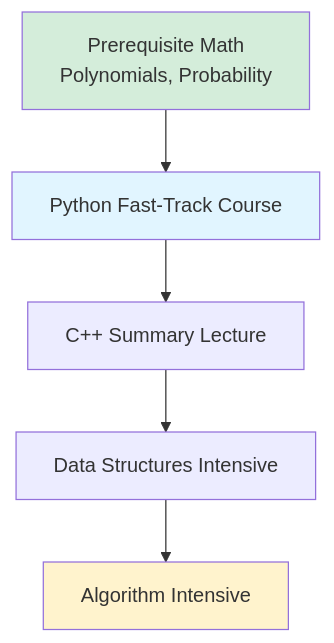
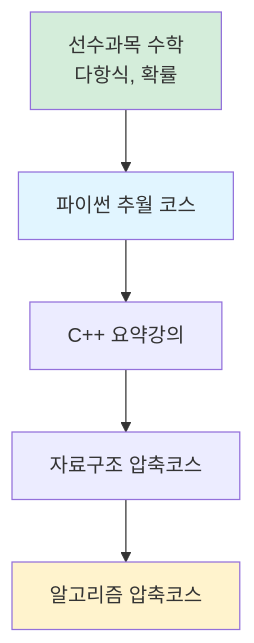
The diagram in _posts/2024-05-11-algorithm-st-1.md (akillness/akillness.github.io), drawn with Mermaid before and after one commit. The commit also changed other lines of this file and 173 other files, not shown here.

````diff
--- a/_posts/2024-05-11-algorithm-st-1.md
+++ b/_posts/2024-05-11-algorithm-st-1.md
@@ -60,11 +60,11 @@
 ```mermaid
 graph TD
-    A[Python Fast-Track Course] --> B[C++ Summary Lecture]
-    B --> C[Data Structures Intensive]
-    C --> D[Algorithm Intensive]
-    E[Prerequisite Math<br/>Polynomials, Probability] --> A
+    A[파이썬 추월 코스] --> B[C++ 요약강의]
+    B --> C[자료구조 압축코스]
+    C --> D[알고리즘 압축코스]
+    E[선수과목 수학<br/>다항식, 확률] --> A
     
     style A fill:#e1f5ff
     style D fill:#fff3cd
     style E fill:#d4edda
 ```
````
